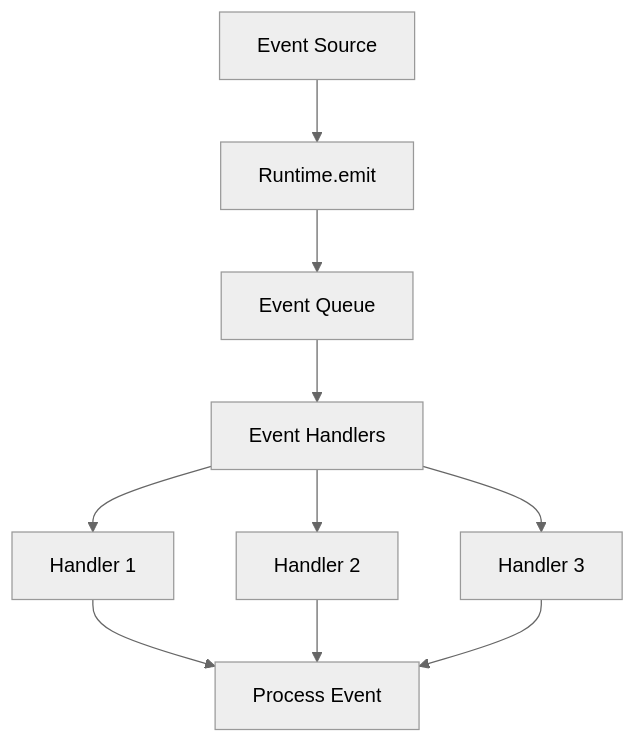
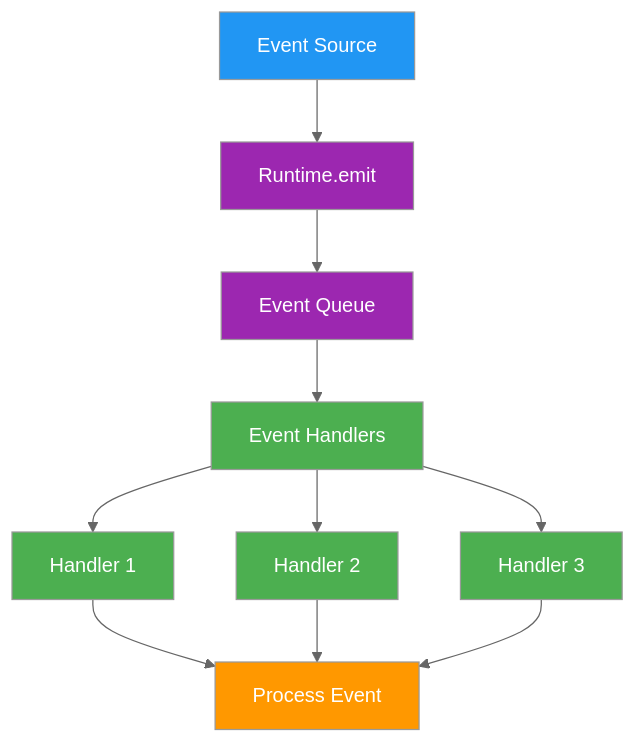
Before and after one commit to elizaOS/docs: the diagram in runtime/events.mdx, drawn with Mermaid (neutral theme). The commit also changed 10 other files, not shown here.

Commit message:
improve mermaids

````diff
--- a/runtime/events.mdx
+++ b/runtime/events.mdx
@@ -12,12 +12,22 @@
 ```mermaid
-graph TD
+flowchart TD
     Source[Event Source] --> Emit[Runtime.emit]
     Emit --> Queue[Event Queue]
     Queue --> Handlers[Event Handlers]
     Handlers --> H1[Handler 1]
     Handlers --> H2[Handler 2]
     Handlers --> H3[Handler 3]
     H1 --> Process[Process Event]
     H2 --> Process
     H3 --> Process
+    
+    classDef source fill:#2196f3,color:#fff
+    classDef system fill:#9c27b0,color:#fff
+    classDef handlers fill:#4caf50,color:#fff
+    classDef processing fill:#ff9800,color:#fff
+    
+    class Source source
+    class Emit,Queue system
+    class Handlers,H1,H2,H3 handlers
+    class Process processing
 ```
````
